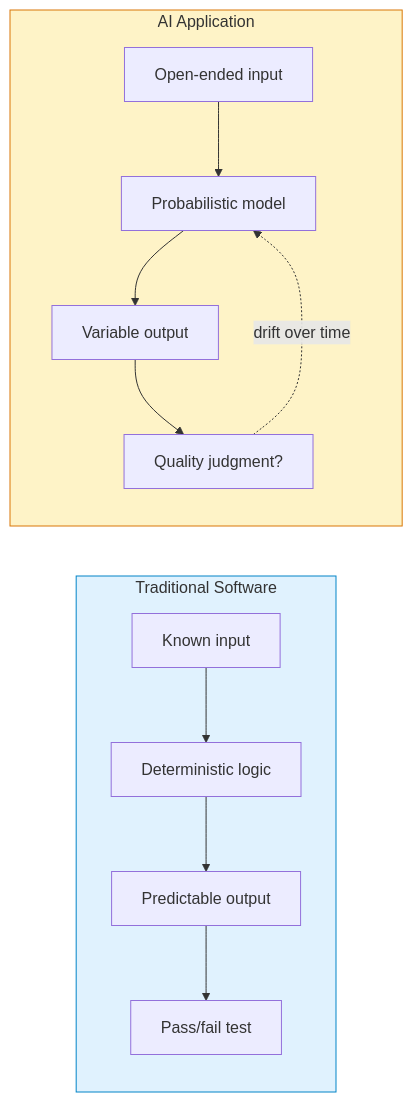
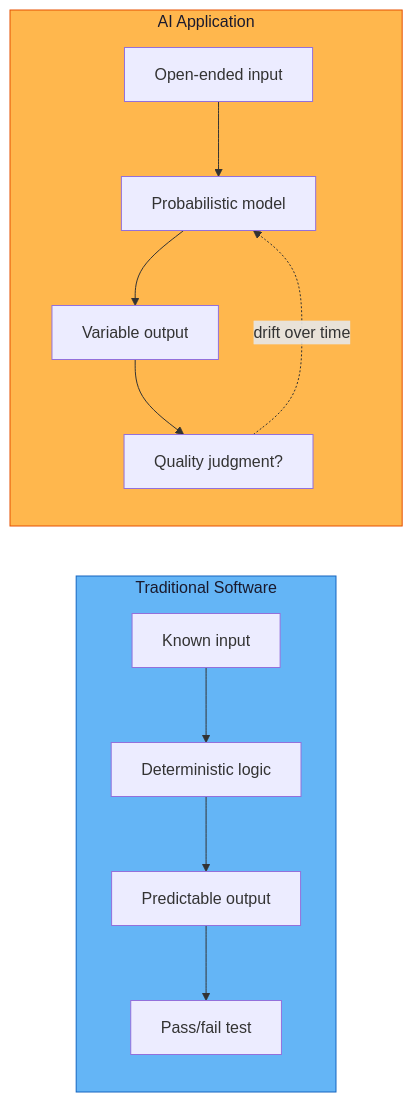
Before and after one commit to amelie-girard7/ai-evaluators: the second of 4 diagrams in docs/index.md, drawn with Mermaid. The commit also changed other lines of this file and 2 other files, not shown here.

First line of the commit message:
Fix Mermaid diagram colors for dark mode readability

````diff
--- a/docs/index.md
+++ b/docs/index.md
@@ -82,12 +82,12 @@
 ```mermaid
 flowchart LR
     subgraph T["Traditional Software"]
         T1[Known input] --> T2[Deterministic logic] --> T3[Predictable output] --> T4[Pass/fail test]
     end
     subgraph A["AI Application"]
         A1[Open-ended input] --> A2[Probabilistic model] --> A3[Variable output] --> A4["Quality judgment?"]
         A4 -.->|drift over time| A2
     end
-    style T fill:#E0F2FE,stroke:#0284C7
-    style A fill:#FEF3C7,stroke:#D97706
+    style T fill:#64B5F6,stroke:#1565C0,color:#1A1A2E
+    style A fill:#FFB74D,stroke:#E65100,color:#1A1A2E
 ```
````
